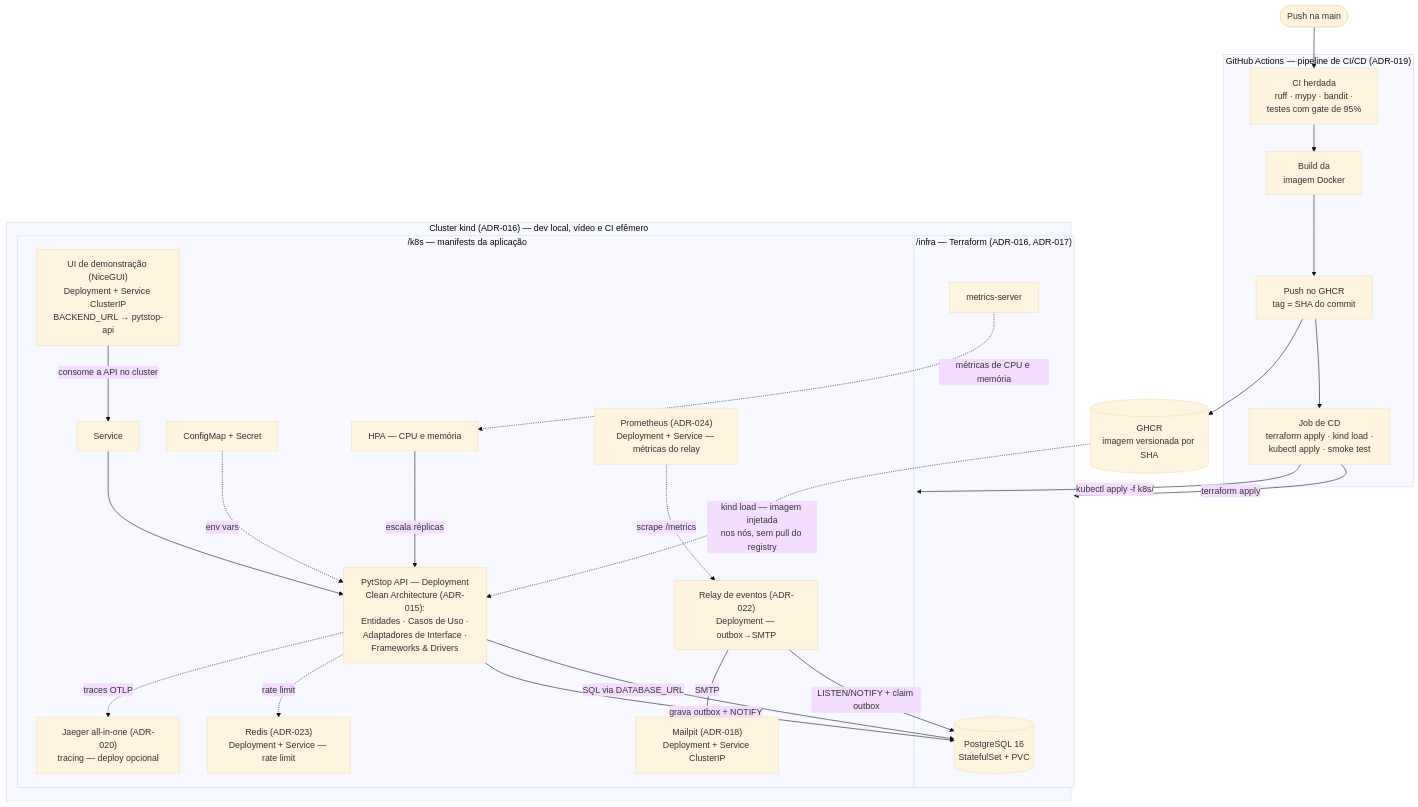
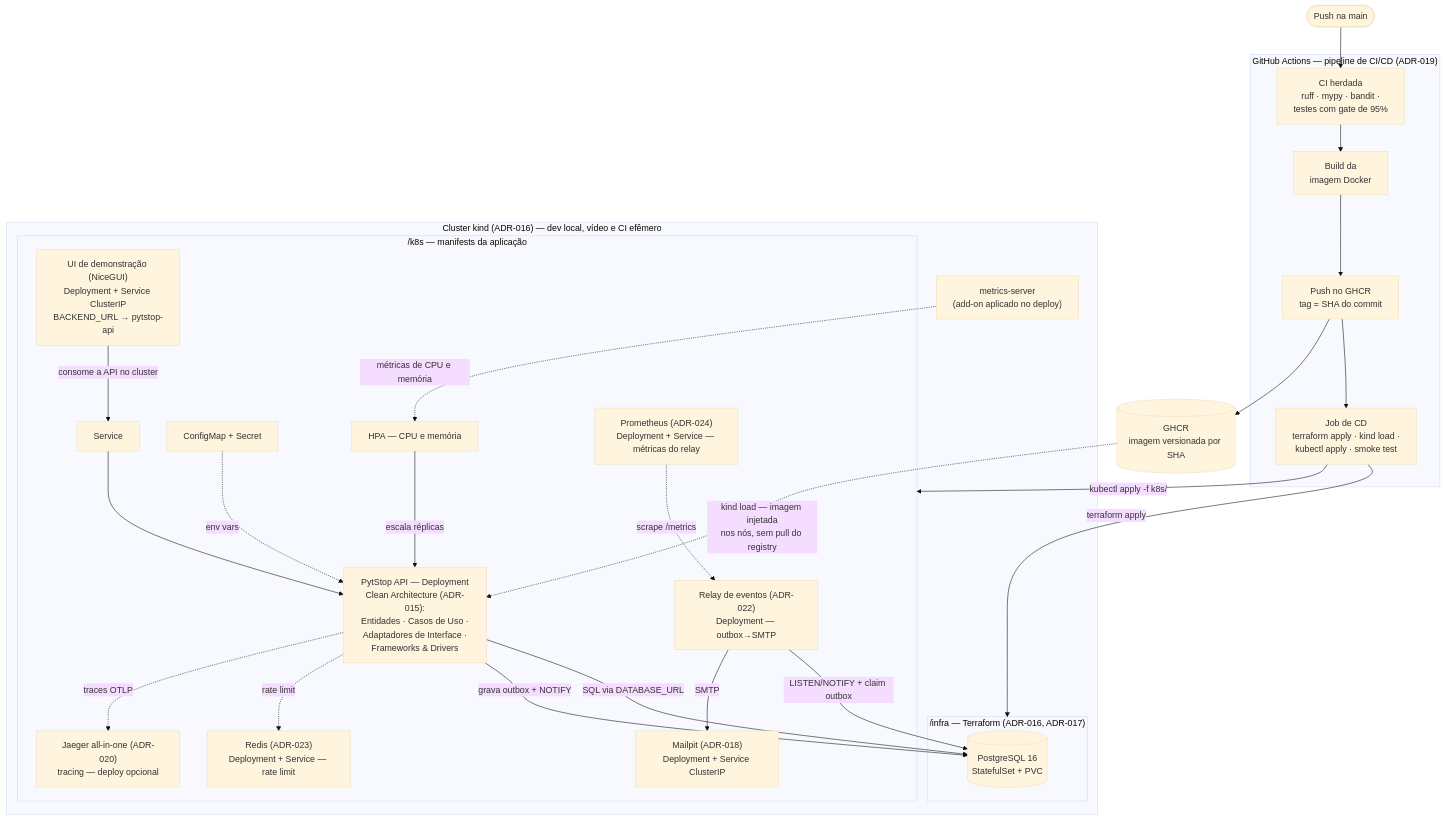
One commit to fiap-postech-sw-architecture/postech-sw-arch-p2 changed the first of 2 diagrams in docs/entrega/fase2/entrega-fase-2.md. Above: the diagram before and after it, drawn with Mermaid (base theme). The commit also changed other lines of this file, not shown here.

````diff
--- a/docs/entrega/fase2/entrega-fase-2.md
+++ b/docs/entrega/fase2/entrega-fase-2.md
@@ -210,49 +208,49 @@
 ```mermaid
 flowchart TB
     push_main(["Push na main"]) --> ci_stage
 
     subgraph gha["GitHub Actions — pipeline de CI/CD (ADR-019)"]
         ci_stage["CI herdada<br/>ruff · mypy · bandit ·<br/>testes com gate de 95%"] --> build_img["Build da<br/>imagem Docker"]
         build_img --> publish["Push no GHCR<br/>tag = SHA do commit"]
         publish --> cd_job["Job de CD<br/>terraform apply · kind load ·<br/>kubectl apply · smoke test"]
     end
 
     ghcr[("GHCR<br/>imagem versionada por SHA")]
     publish --> ghcr
 
     cd_job -->|"terraform apply"| infra_tf
     cd_job -->|"kubectl apply -f k8s/"| k8s_app
     ghcr -.->|"kind load — imagem injetada<br/>nos nós, sem pull do registry"| app
 
     subgraph cluster["Cluster kind (ADR-016) — dev local, vídeo e CI efêmero"]
         subgraph infra_tf["/infra — Terraform (ADR-016, ADR-017)"]
             pg[("PostgreSQL 16<br/>StatefulSet + PVC")]
-            ms["metrics-server"]
         end
+        ms["metrics-server<br/>(add-on aplicado no deploy)"]
         subgraph k8s_app["/k8s — manifests da aplicação"]
             svc["Service"]
             app["PytStop API — Deployment<br/>Clean Architecture (ADR-015):<br/>Entidades · Casos de Uso ·<br/>Adaptadores de Interface ·<br/>Frameworks & Drivers"]
             cfg["ConfigMap + Secret"]
             hpa["HPA — CPU e memória"]
             mailpit["Mailpit (ADR-018)<br/>Deployment + Service ClusterIP"]
             jaeger["Jaeger all-in-one (ADR-020)<br/>tracing — deploy opcional"]
             relay["Relay de eventos (ADR-022)<br/>Deployment — outbox→SMTP"]
             redis["Redis (ADR-023)<br/>Deployment + Service — rate limit"]
             prometheus["Prometheus (ADR-024)<br/>Deployment + Service — métricas do relay"]
             ui["UI de demonstração (NiceGUI)<br/>Deployment + Service ClusterIP<br/>BACKEND_URL → pytstop-api"]
         end
     end
 
     svc --> app
     cfg -.->|"env vars"| app
     hpa -->|"escala réplicas"| app
     ms -.->|"métricas de CPU e memória"| hpa
     ui -->|"consome a API no cluster"| svc
     app -->|"SQL via DATABASE_URL"| pg
     app -->|"grava outbox + NOTIFY"| pg
     relay -->|"LISTEN/NOTIFY + claim outbox"| pg
     relay -->|"SMTP"| mailpit
     app -.->|"rate limit"| redis
     app -.->|"traces OTLP"| jaeger
     prometheus -.->|"scrape /metrics"| relay
 ```
````
